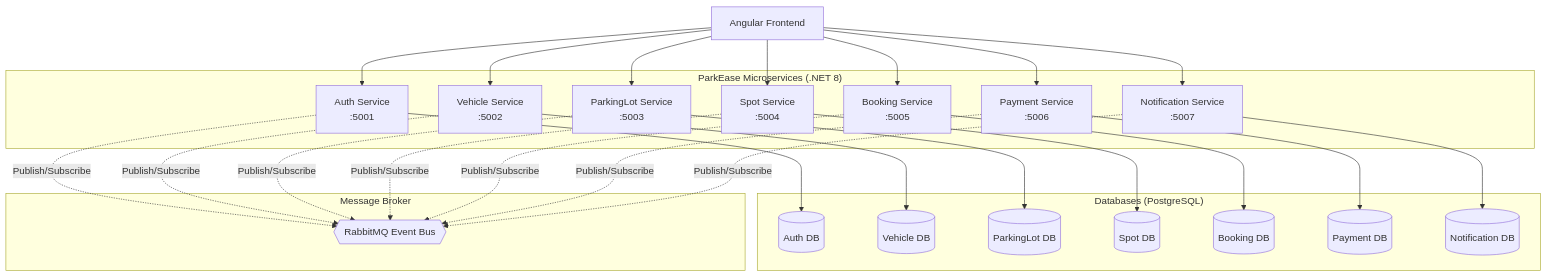
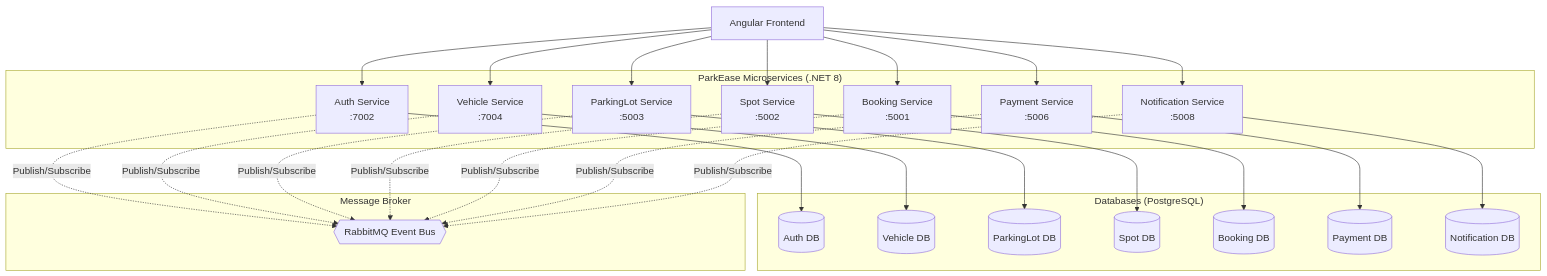
One commit to loveeshgulati/ParkEase changed the first of 8 diagrams in README.md. Above: the diagram before and after it, drawn with Mermaid. The commit also changed 7 other files, not shown here.

````diff
--- a/README.md
+++ b/README.md
@@ -14,52 +14,52 @@
 ```mermaid
 graph TD
     Client[Angular Frontend]
 
     subgraph "ParkEase Microservices (.NET 8)"
-        Auth[Auth Service<br/>:5001]
-        Vehicle[Vehicle Service<br/>:5002]
+        Auth[Auth Service<br/>:7002]
+        Booking[Booking Service<br/>:5001]
+        Spot[Spot Service<br/>:5002]
         ParkingLot[ParkingLot Service<br/>:5003]
-        Spot[Spot Service<br/>:5004]
-        Booking[Booking Service<br/>:5005]
+        Vehicle[Vehicle Service<br/>:7004]
         Payment[Payment Service<br/>:5006]
-        Notification[Notification Service<br/>:5007]
+        Notification[Notification Service<br/>:5008]
     end
 
     subgraph "Databases (PostgreSQL)"
         DB_Auth[(Auth DB)]
         DB_Vehicle[(Vehicle DB)]
         DB_Lot[(ParkingLot DB)]
         DB_Spot[(Spot DB)]
         DB_Booking[(Booking DB)]
         DB_Payment[(Payment DB)]
         DB_Notification[(Notification DB)]
     end
 
     subgraph "Message Broker"
         RMQ{{RabbitMQ Event Bus}}
     end
 
     Client --> Auth
     Client --> Vehicle
     Client --> ParkingLot
     Client --> Spot
     Client --> Booking
     Client --> Payment
     Client --> Notification
 
     Auth --> DB_Auth
     Vehicle --> DB_Vehicle
     ParkingLot --> DB_Lot
     Spot --> DB_Spot
     Booking --> DB_Booking
     Payment --> DB_Payment
     Notification --> DB_Notification
 
     Auth -.->|Publish/Subscribe| RMQ
     Vehicle -.->|Publish/Subscribe| RMQ
     ParkingLot -.->|Publish/Subscribe| RMQ
     Spot -.->|Publish/Subscribe| RMQ
     Booking -.->|Publish/Subscribe| RMQ
     Payment -.->|Publish/Subscribe| RMQ
     Notification -.->|Publish/Subscribe| RMQ
 ```
````
